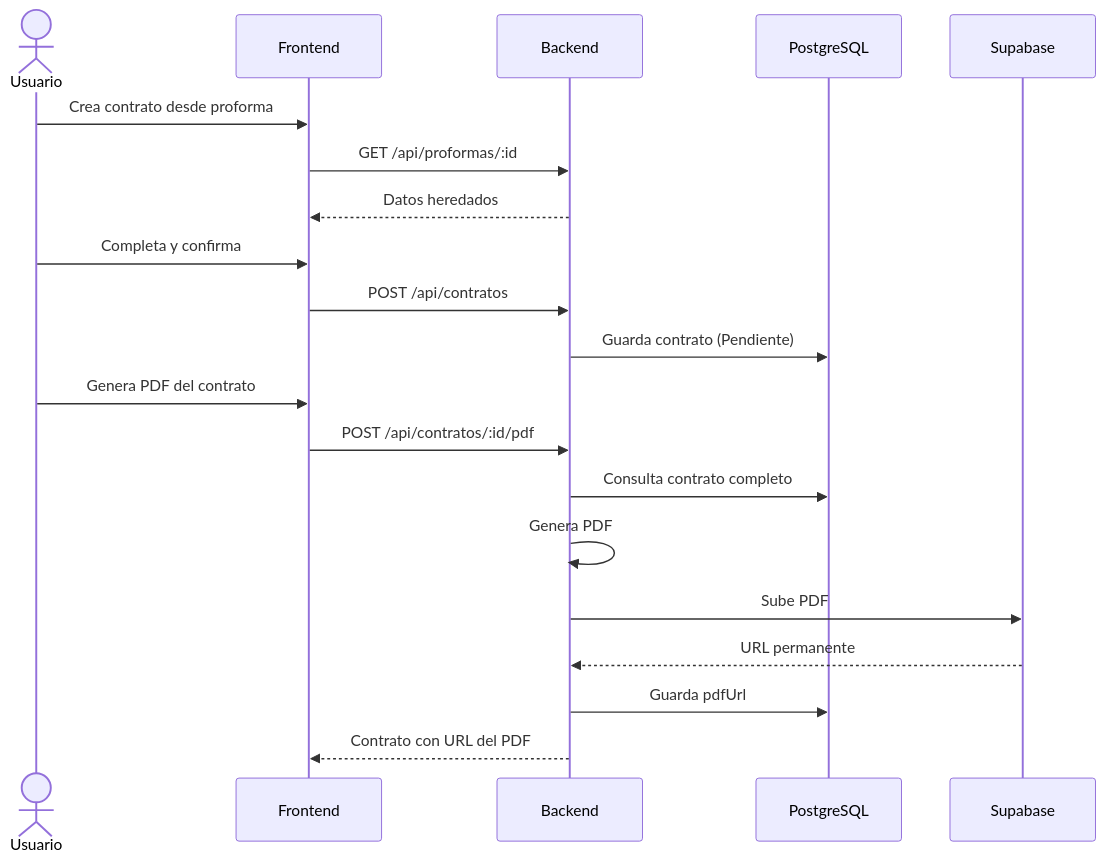
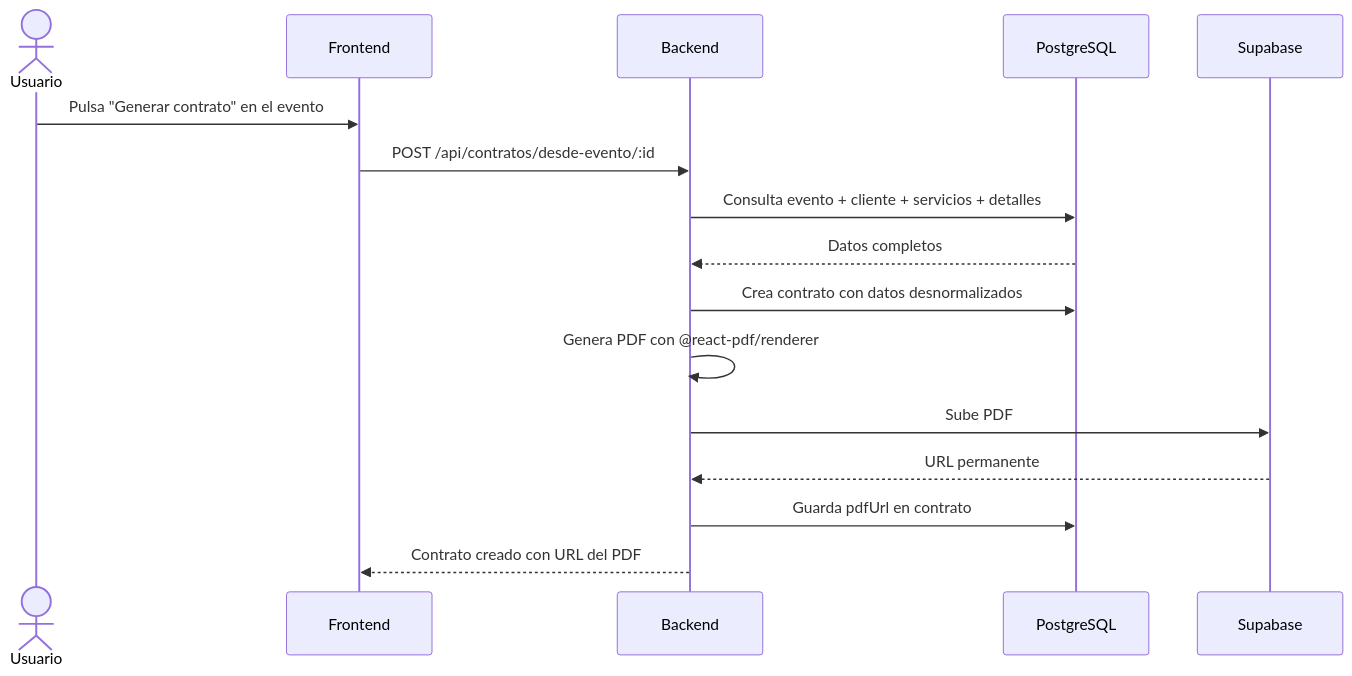
One commit to atalavera21/MiguelProducciones-GestorEventos changed the sixth of 6 diagrams in Diseño-Tecnico.md. Above: the diagram before and after it, drawn with Mermaid. The commit also changed other lines of this file, not shown here.

````diff
--- a/Diseño-Tecnico.md
+++ b/Diseño-Tecnico.md
@@ -327,23 +466,19 @@
 ```mermaid
 sequenceDiagram
     actor U as Usuario
     participant FE as Frontend
     participant BE as Backend
     participant DB as PostgreSQL
     participant SB as Supabase
 
-    U->>FE: Crea contrato desde proforma
-    FE->>BE: GET /api/proformas/:id
-    BE-->>FE: Datos heredados
-    U->>FE: Completa y confirma
-    FE->>BE: POST /api/contratos
-    BE->>DB: Guarda contrato (Pendiente)
-    U->>FE: Genera PDF del contrato
-    FE->>BE: POST /api/contratos/:id/pdf
-    BE->>DB: Consulta contrato completo
-    BE->>BE: Genera PDF
+    U->>FE: Pulsa "Generar contrato" en el evento
+    FE->>BE: POST /api/contratos/desde-evento/:id
+    BE->>DB: Consulta evento + cliente + servicios + detalles
+    DB-->>BE: Datos completos
+    BE->>DB: Crea contrato con datos desnormalizados
+    BE->>BE: Genera PDF con @react-pdf/renderer
     BE->>SB: Sube PDF
     SB-->>BE: URL permanente
-    BE->>DB: Guarda pdfUrl
-    BE-->>FE: Contrato con URL del PDF
+    BE->>DB: Guarda pdfUrl en contrato
+    BE-->>FE: Contrato creado con URL del PDF
 ```
````
